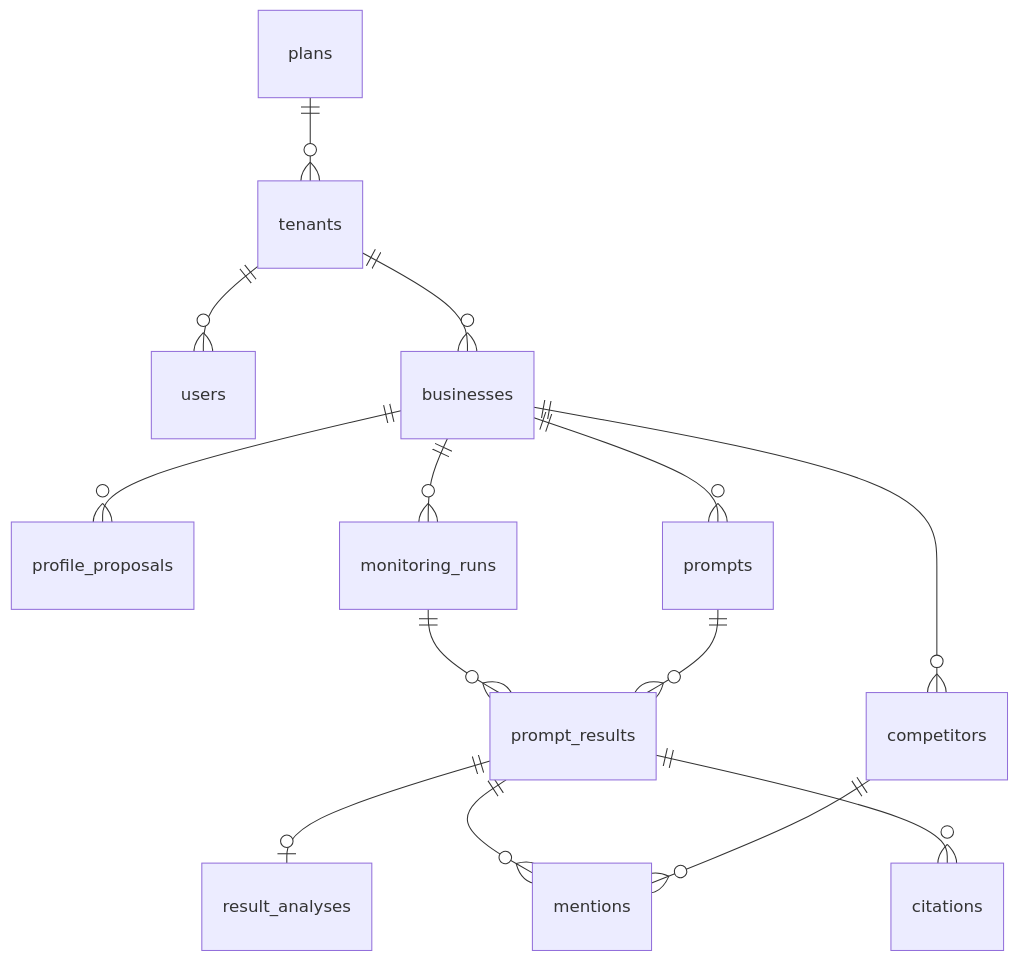
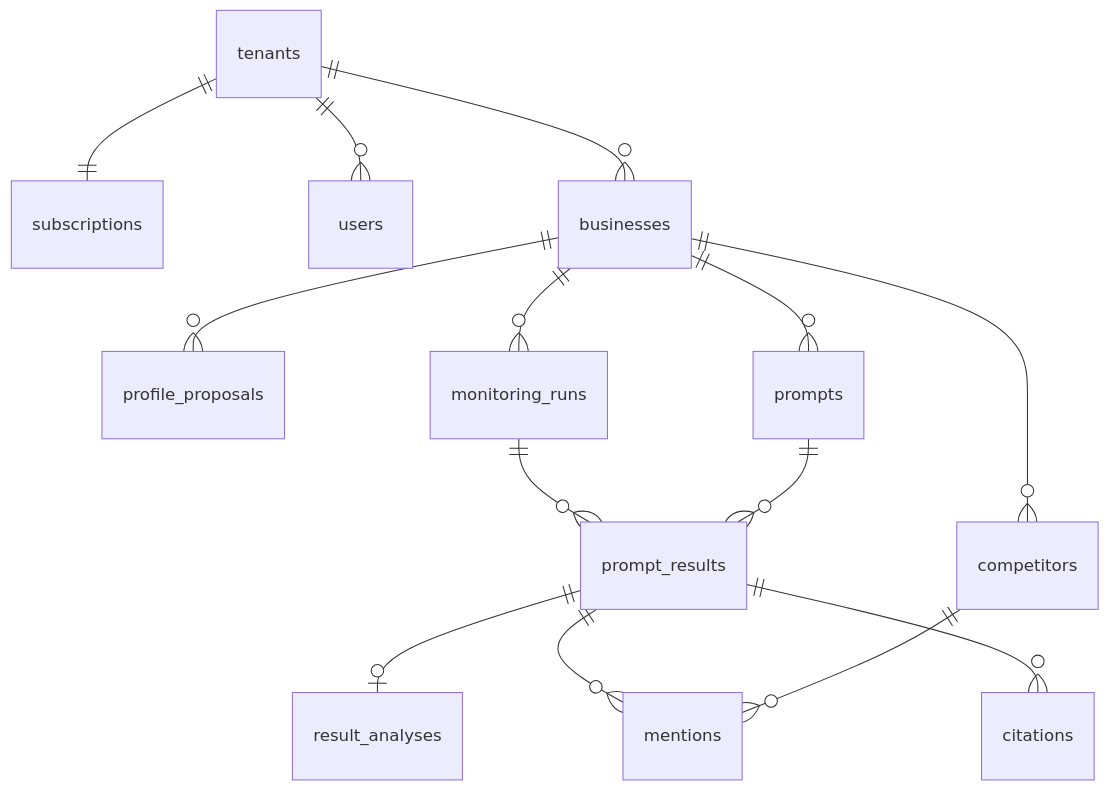
One commit to tanjoshua/opensight changed the diagram in docs/design/02-data-model.md. Above: the diagram before and after it, drawn with Mermaid. The commit also changed other lines of this file and 9 other files, not shown here.

````diff
--- a/docs/design/02-data-model.md
+++ b/docs/design/02-data-model.md
@@ -14,16 +14,16 @@
 ```mermaid
 erDiagram
-    plans ||--o{ tenants : ""
+    tenants ||--|| subscriptions : ""
     tenants ||--o{ users : ""
     tenants ||--o{ businesses : ""
     businesses ||--o{ profile_proposals : ""
     businesses ||--o{ prompts : ""
     businesses ||--o{ competitors : ""
     businesses ||--o{ monitoring_runs : ""
     monitoring_runs ||--o{ prompt_results : ""
     prompts ||--o{ prompt_results : ""
     prompt_results ||--o| result_analyses : ""
     prompt_results ||--o{ mentions : ""
     prompt_results ||--o{ citations : ""
     competitors ||--o{ mentions : ""
 ```
````
